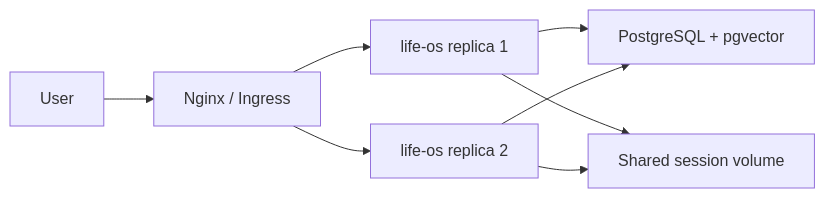
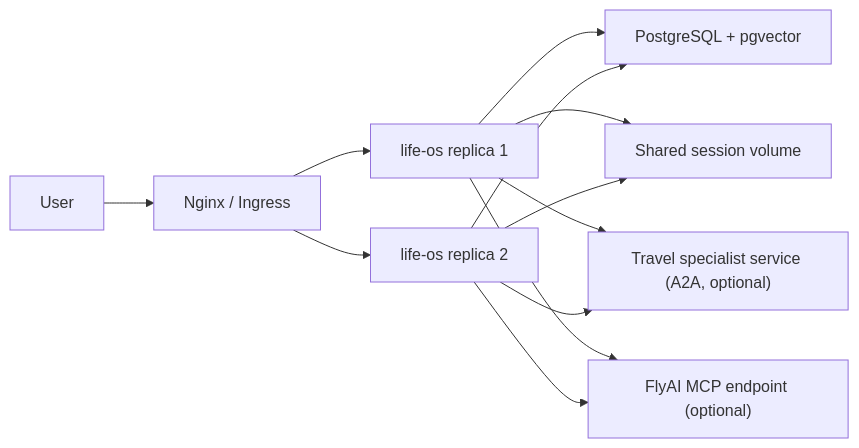
The second of 2 diagrams in docs/architecture.md (chenyuliang1996/life-os), drawn with Mermaid before and after one commit. The commit also changed other lines of this file and 45 other files, not shown here.

````diff
--- a/docs/architecture.md
+++ b/docs/architecture.md
@@ -30,10 +33,14 @@
 ```mermaid
 flowchart LR
     USER["User"] --> LB["Nginx / Ingress"]
     LB --> APP1["life-os replica 1"]
     LB --> APP2["life-os replica 2"]
     APP1 --> PG["PostgreSQL + pgvector"]
     APP2 --> PG
     APP1 --> SESSION["Shared session volume"]
     APP2 --> SESSION
+    APP1 --> TA2A["Travel specialist service (A2A, optional)"]
+    APP2 --> TA2A
+    APP1 --> FLY["FlyAI MCP endpoint (optional)"]
+    APP2 --> FLY
 ```
````
